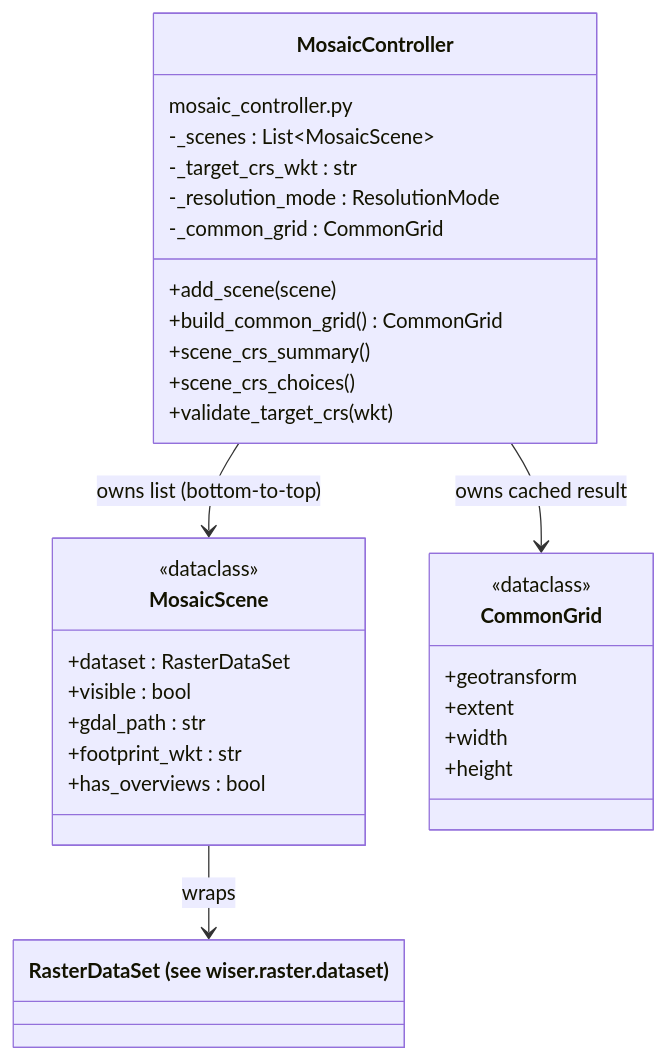
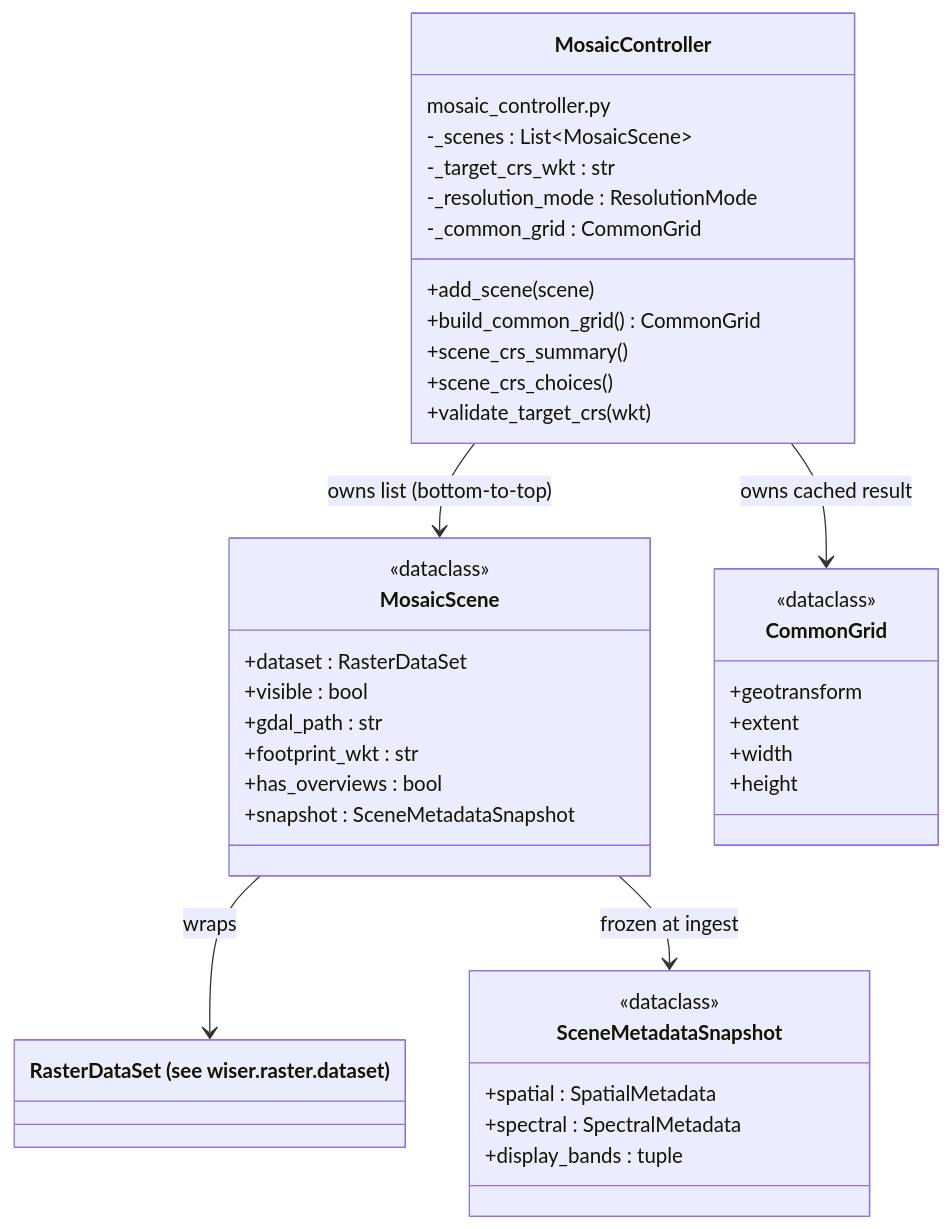
One commit to Ehlmann-research-group/WISER changed the second of 6 diagrams in doc/sphinx-general-wiser-docs/source/developer-content/mosaic-internals.md. Above: the diagram before and after it, drawn with Mermaid. The commit also changed other lines of this file, not shown here.

Commit message:
doc: Updating docs for mosaic internals based on display band changes

````diff
--- a/doc/sphinx-general-wiser-docs/source/developer-content/mosaic-internals.md
+++ b/doc/sphinx-general-wiser-docs/source/developer-content/mosaic-internals.md
@@ -150,40 +160,49 @@
 ```{mermaid}
 classDiagram
     direction TB
 
     class RasterDataSet["RasterDataSet (see wiser.raster.dataset)"]
 
     class MosaicController {
         mosaic_controller.py
         -_scenes : List~MosaicScene~
         -_target_crs_wkt : str
         -_resolution_mode : ResolutionMode
         -_common_grid : CommonGrid
         +add_scene(scene)
         +build_common_grid() CommonGrid
         +scene_crs_summary()
         +scene_crs_choices()
         +validate_target_crs(wkt)
     }
 
     class MosaicScene {
         <<dataclass>>
         +dataset : RasterDataSet
         +visible : bool
         +gdal_path : str
         +footprint_wkt : str
         +has_overviews : bool
+        +snapshot : SceneMetadataSnapshot
+    }
+
+    class SceneMetadataSnapshot {
+        <<dataclass>>
+        +spatial : SpatialMetadata
+        +spectral : SpectralMetadata
+        +display_bands : tuple
     }
 
     class CommonGrid {
         <<dataclass>>
         +geotransform
         +extent
         +width
         +height
     }
 
     MosaicController --> MosaicScene : owns list (bottom-to-top)
     MosaicController --> CommonGrid : owns cached result
     MosaicScene --> RasterDataSet : wraps
+    MosaicScene --> SceneMetadataSnapshot : frozen at ingest
 ```
````
